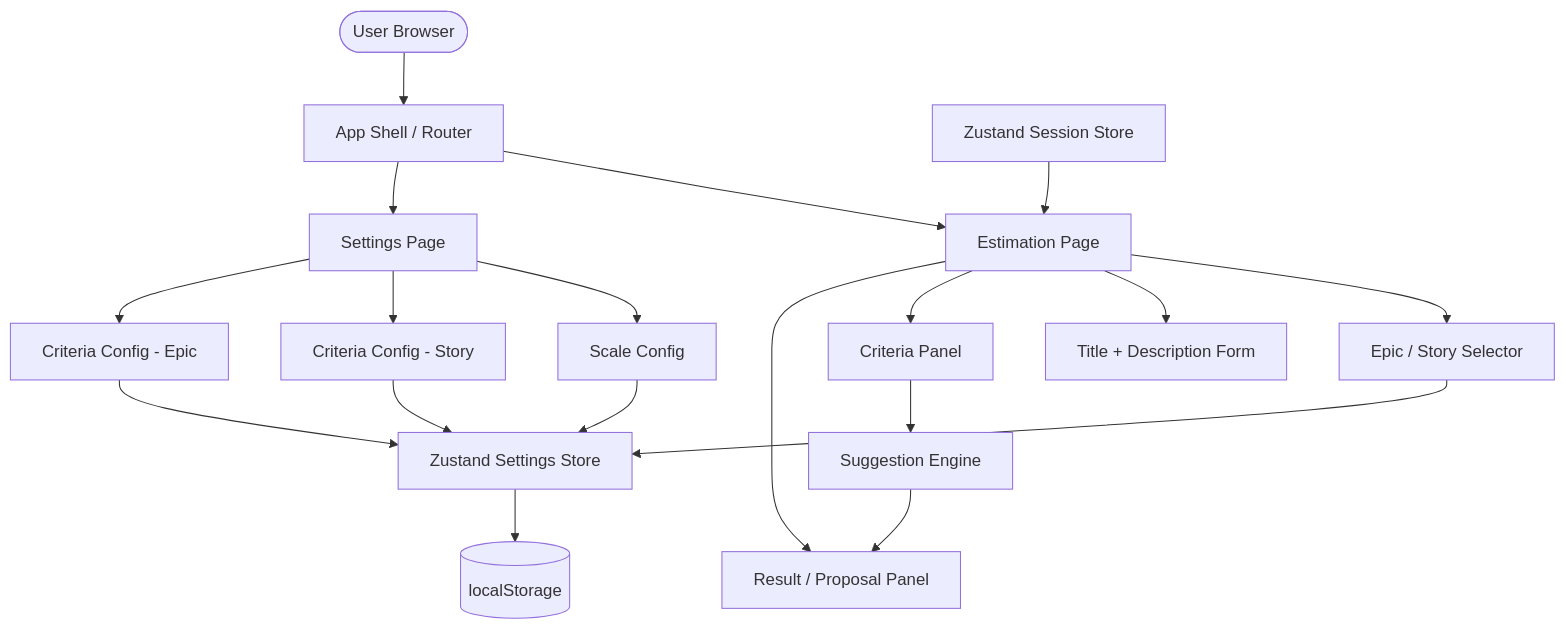
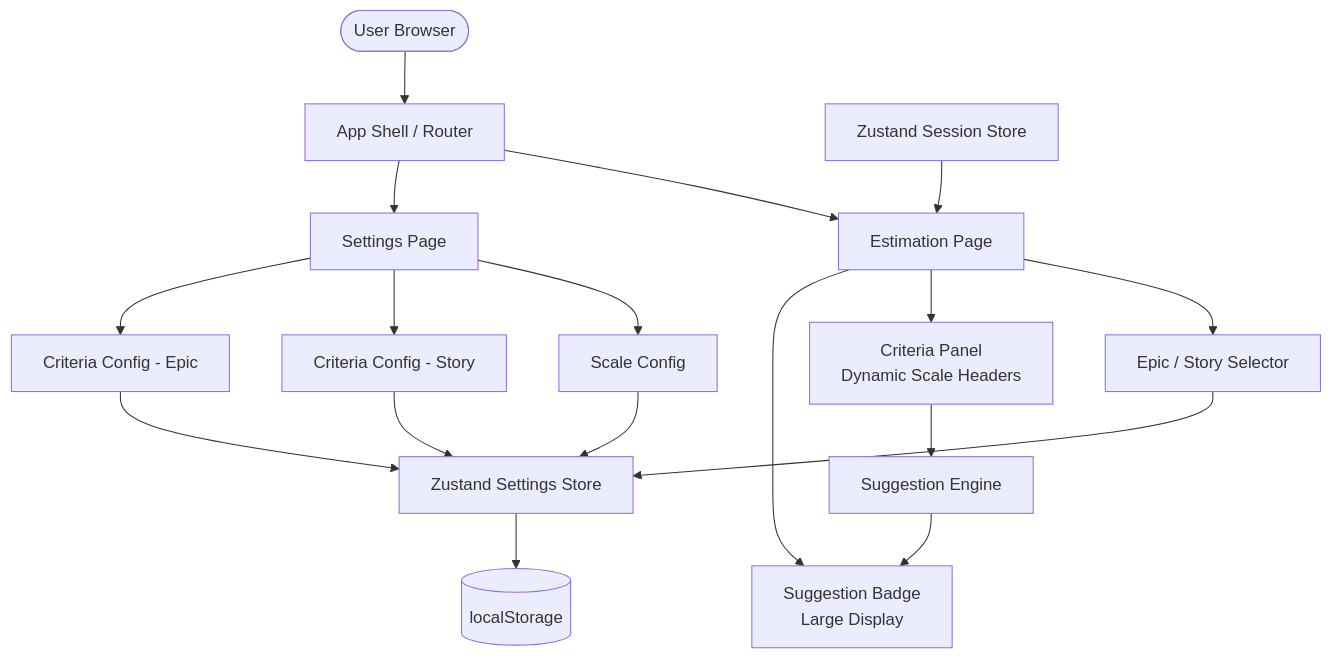
The first of 3 diagrams in plans/architecture.md (DoJo-2025/PlanningPokerTool), drawn with Mermaid before and after one commit. The commit also changed other lines of this file, not shown here.

First line of the commit message:
Docs: Update architecture.md with latest UI changes

````diff
--- a/plans/architecture.md
+++ b/plans/architecture.md
@@ -21,22 +21,21 @@
 ```mermaid
 graph TD
     User([User Browser])
     User --> App[App Shell / Router]
     App --> EstimationPage[Estimation Page]
     App --> SettingsPage[Settings Page]
     EstimationPage --> TypeSelector[Epic / Story Selector]
-    EstimationPage --> StoryForm[Title + Description Form]
-    EstimationPage --> CriteriaPanel[Criteria Panel]
-    EstimationPage --> ResultPanel[Result / Proposal Panel]
+    EstimationPage --> CriteriaPanel[Criteria Panel<br/>Dynamic Scale Headers]
+    EstimationPage --> ResultPanel[Suggestion Badge<br/>Large Display]
     TypeSelector --> SettingsStore[Zustand Settings Store]
     CriteriaPanel --> SuggestionEngine[Suggestion Engine]
     SuggestionEngine --> ResultPanel
     SettingsPage --> ScaleConfig[Scale Config]
     SettingsPage --> CriteriaConfig[Criteria Config - Story]
     SettingsPage --> EpicCriteriaConfig[Criteria Config - Epic]
     ScaleConfig --> SettingsStore
     CriteriaConfig --> SettingsStore
     EpicCriteriaConfig --> SettingsStore
     SettingsStore --> LocalStorage[(localStorage)]
     SessionStore[Zustand Session Store] --> EstimationPage
 ```
````
